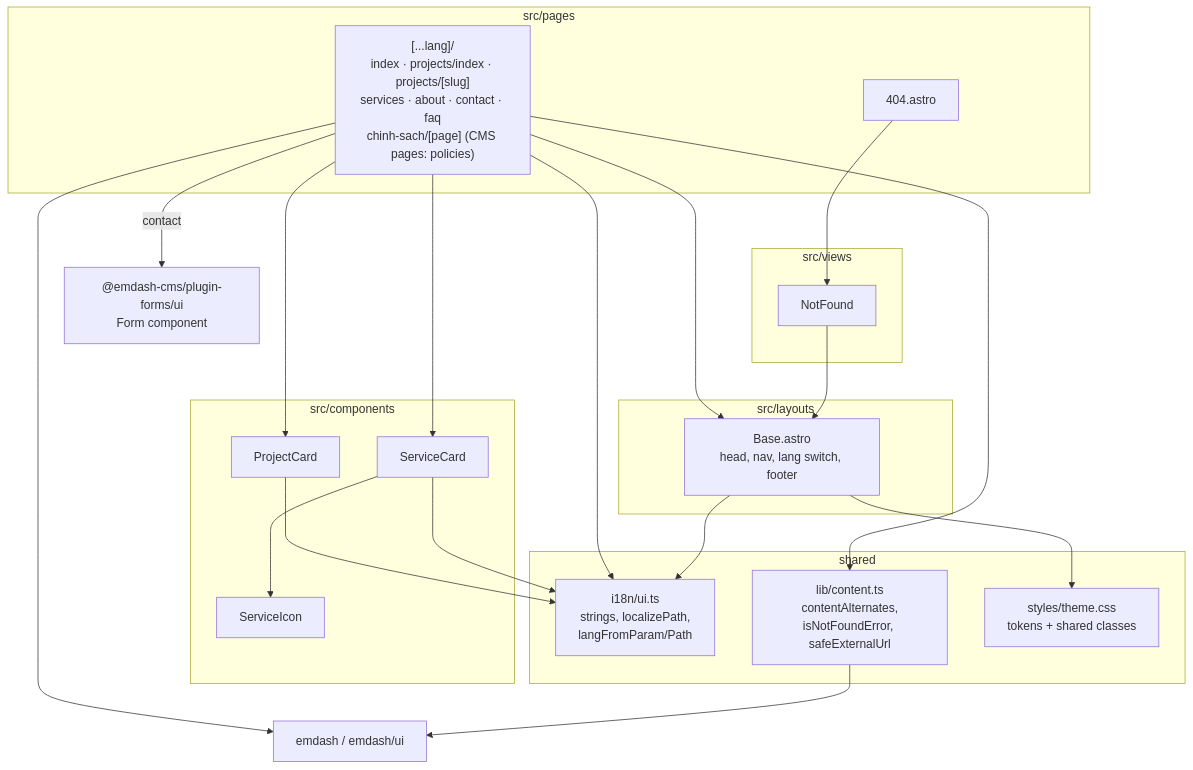
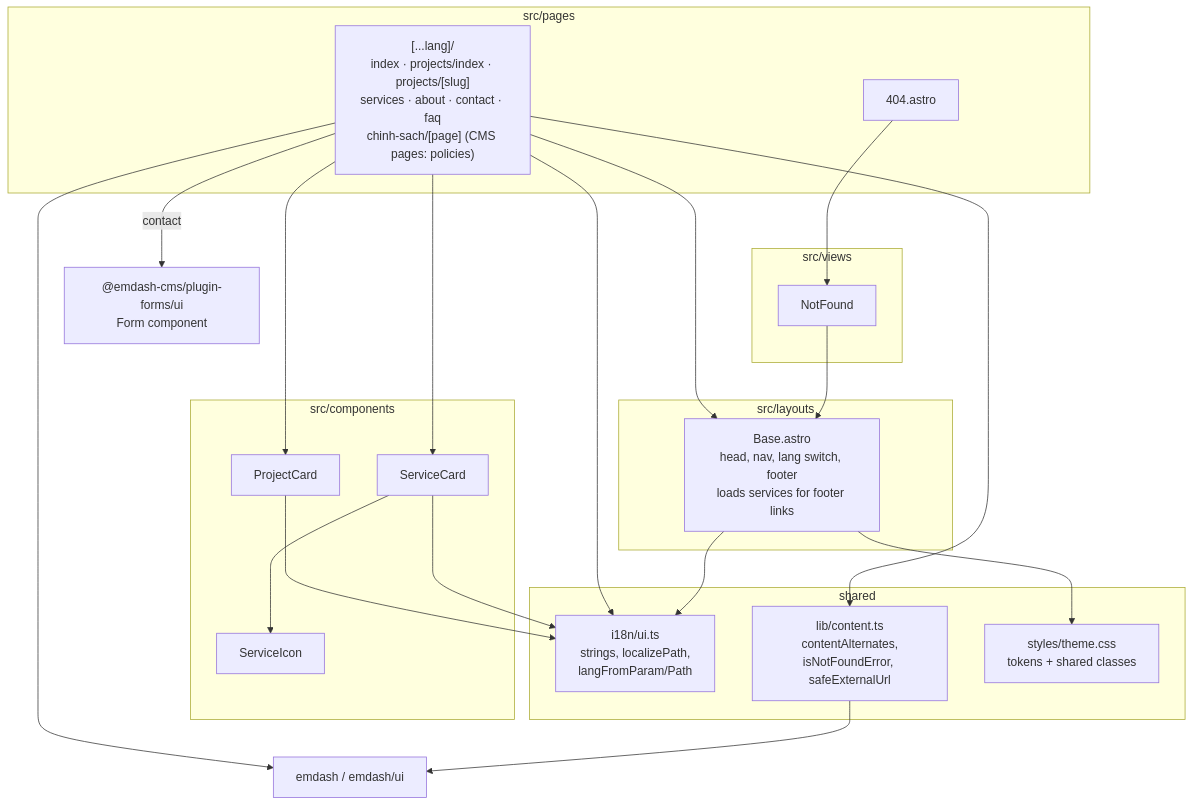
Before and after one commit to TanNgo11/ctstack: the third of 6 diagrams in docs/architecture.md, drawn with Mermaid. The commit also changed other lines of this file and 4 other files, not shown here.

````diff
--- a/docs/architecture.md
+++ b/docs/architecture.md
@@ -70,40 +71,40 @@
 ```mermaid
 flowchart TB
     subgraph pages["src/pages"]
         LANG["[...lang]/<br/>index · projects/index · projects/[slug]<br/>services · about · contact · faq<br/>chinh-sach/[page] (CMS pages: policies)"]
         NF["404.astro"]
     end
     subgraph layout["src/layouts"]
-        BASE["Base.astro<br/>head, nav, lang switch, footer"]
+        BASE["Base.astro<br/>head, nav, lang switch, footer<br/>loads services for footer links"]
     end
     subgraph comps["src/components"]
         PC["ProjectCard"]
         SC["ServiceCard"]
         SI["ServiceIcon"]
     end
     subgraph views["src/views"]
         NFV["NotFound"]
     end
     subgraph lib["shared"]
         I18N["i18n/ui.ts<br/>strings, localizePath,<br/>langFromParam/Path"]
         CONT["lib/content.ts<br/>contentAlternates,<br/>isNotFoundError, safeExternalUrl"]
         THEME["styles/theme.css<br/>tokens + shared classes"]
     end
     EMD["emdash / emdash/ui"]
     FORMS["@emdash-cms/plugin-forms/ui<br/>Form component"]
 
     LANG --> BASE
     LANG --> PC
     LANG --> SC
     LANG --> I18N
     LANG --> CONT
     LANG --> EMD
     LANG -- contact --> FORMS
     NF --> NFV --> BASE
     SC --> SI
     BASE --> I18N
     BASE --> THEME
     PC --> I18N
     SC --> I18N
     CONT --> EMD
 ```
````
